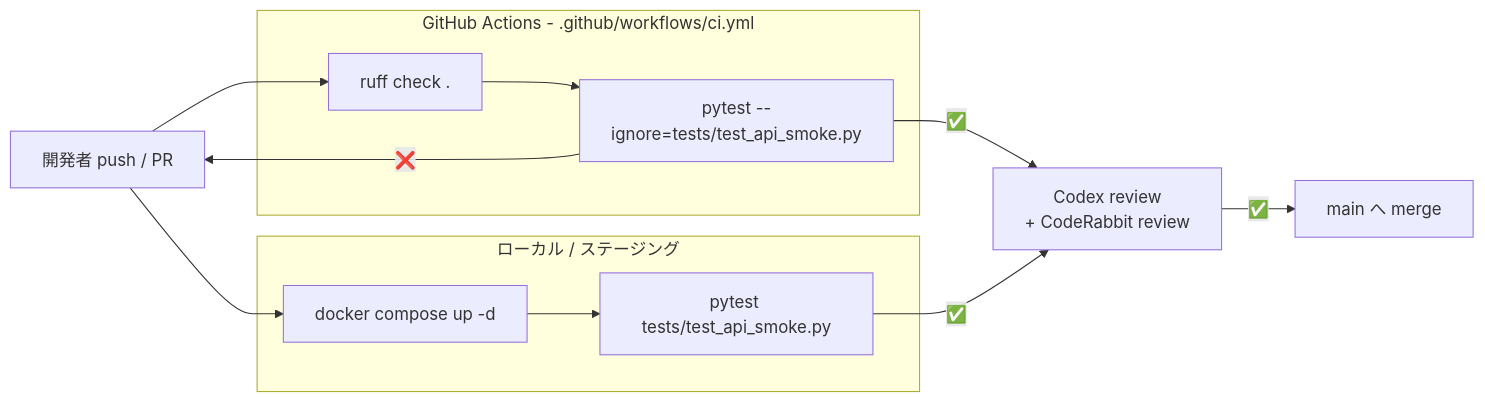
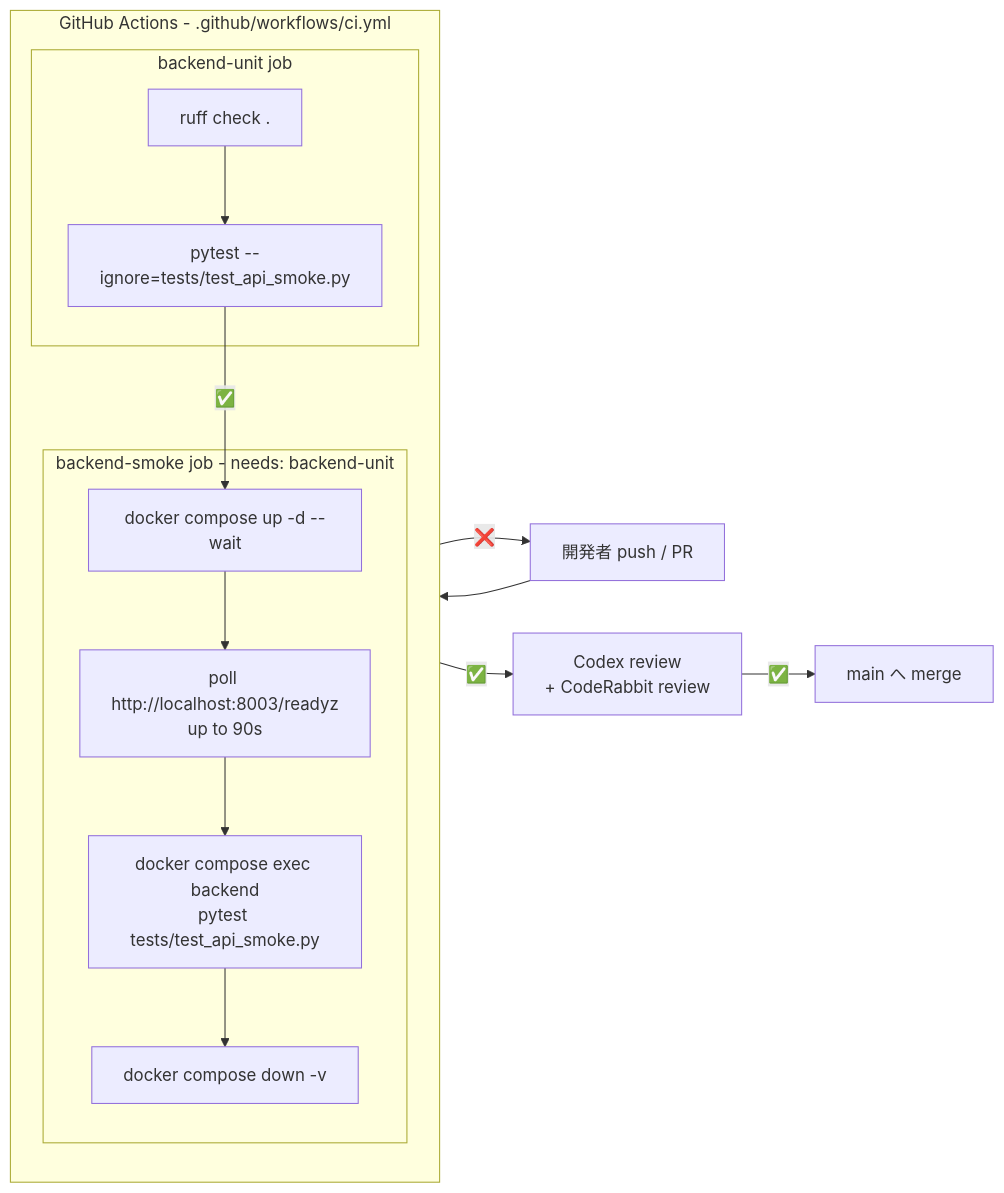
The sixth of 6 diagrams in docs/ARCHITECTURE.md (Kensan196948G/wmcdss), drawn with Mermaid before and after one commit. The commit also changed other lines of this file and 3 other files, not shown here.

First line of the commit message:
ci: add backend-smoke job (compose + readyz poll + pytest smoke)

````diff
--- a/docs/ARCHITECTURE.md
+++ b/docs/ARCHITECTURE.md
@@ -205,21 +205,25 @@
 ```mermaid
 flowchart LR
   DEV[開発者 push / PR]
   subgraph GA[GitHub Actions - .github/workflows/ci.yml]
-    L[ruff check .]
-    UT[pytest --ignore=tests/test_api_smoke.py]
-  end
-  subgraph LOCAL[ローカル / ステージング]
-    DC[docker compose up -d]
-    SMK[pytest tests/test_api_smoke.py]
+    direction TB
+    subgraph J1[backend-unit job]
+      L[ruff check .]
+      UT[pytest --ignore=tests/test_api_smoke.py]
+    end
+    subgraph J2[backend-smoke job - needs: backend-unit]
+      UP[docker compose up -d --wait]
+      RDY[poll http://localhost:8003/readyz<br/>up to 90s]
+      SMK[docker compose exec backend<br/>pytest tests/test_api_smoke.py]
+      DOWN[docker compose down -v]
+    end
   end
   REV[Codex review<br/>+ CodeRabbit review]
   MRG[main へ merge]
 
   DEV --> L --> UT
-  UT -- ✅ --> REV
+  UT -- ✅ --> UP --> RDY --> SMK --> DOWN
   UT -- ❌ --> DEV
-  DEV --> DC --> SMK
   SMK -- ✅ --> REV
   REV -- ✅ --> MRG
 ```
````
